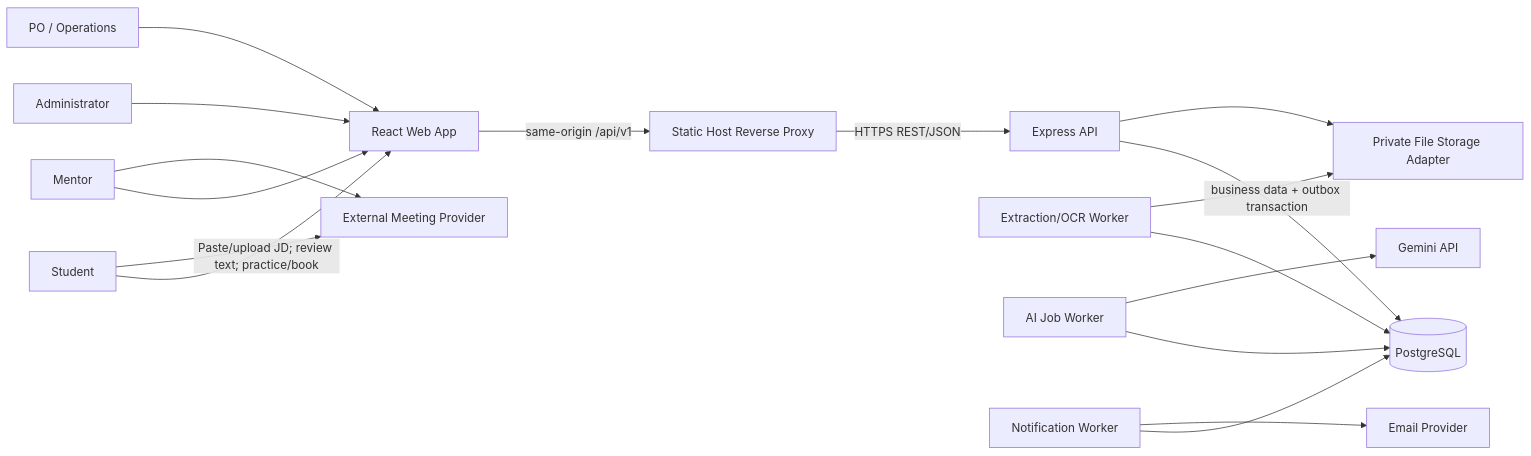
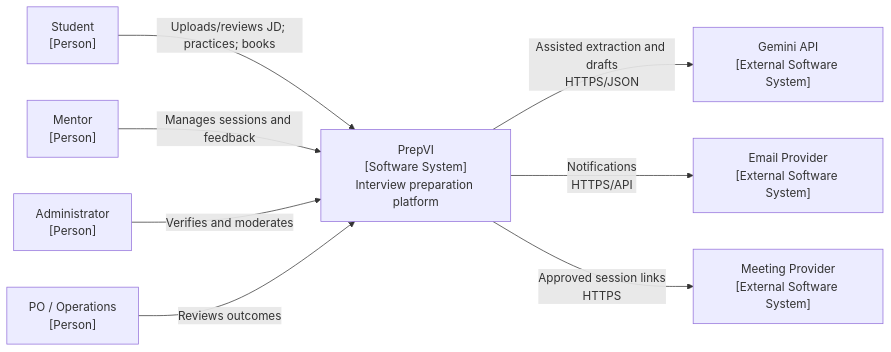
Before and after one commit to tnnhuaa/InterviewQuestionBank: the first of 2 diagrams in docs/Oral_Exam/Q05_software-architecture/Software_Architecture_EN.md, drawn with Mermaid. The commit also changed other lines of this file and 12 other files, not shown here.

Commit message:
docs: simplify Q05 architecture diagrams to C4

```diff
--- a/docs/Oral_Exam/Q05_software-architecture/Software_Architecture_EN.md
+++ b/docs/Oral_Exam/Q05_software-architecture/Software_Architecture_EN.md
@@ -94,19 +94,10 @@
 ~~~mermaid
 flowchart LR
-    Student["Student"] -->|"Paste/upload JD; review text; practice/book"| FE["React Web App"]
-    Mentor["Mentor"] --> FE
-    Admin["Administrator"] --> FE
-    Sponsor["PO / Operations"] --> FE
-    FE -->|"same-origin /api/v1"| Proxy["Static Host Reverse Proxy"]
-    Proxy -->|"HTTPS REST/JSON"| API["Express API"]
-    API -->|"business data + outbox transaction"| DB[("PostgreSQL")]
-    API --> Obj["Private File Storage Adapter"]
-    JDWorker["Extraction/OCR Worker"] --> DB
-    JDWorker --> Obj
-    AIWorker["AI Job Worker"] --> DB
-    AIWorker --> Gemini["Gemini API"]
-    Worker["Notification Worker"] --> DB
-    Worker --> Email["Email Provider"]
-    Student --> Meet["External Meeting Provider"]
-    Mentor --> Meet
+    Student["Student<br/>[Person]"] -->|"Uploads/reviews JD; practices; books"| PrepVI["PrepVI<br/>[Software System]<br/>Interview preparation platform"]
+    Mentor["Mentor<br/>[Person]"] -->|"Manages sessions and feedback"| PrepVI
+    Admin["Administrator<br/>[Person]"] -->|"Verifies and moderates"| PrepVI
+    Operations["PO / Operations<br/>[Person]"] -->|"Reviews outcomes"| PrepVI
+    PrepVI -->|"Assisted extraction and drafts<br/>HTTPS/JSON"| Gemini["Gemini API<br/>[External Software System]"]
+    PrepVI -->|"Notifications<br/>HTTPS/API"| Email["Email Provider<br/>[External Software System]"]
+    PrepVI -->|"Approved session links<br/>HTTPS"| Meeting["Meeting Provider<br/>[External Software System]"]
 ~~~
```
